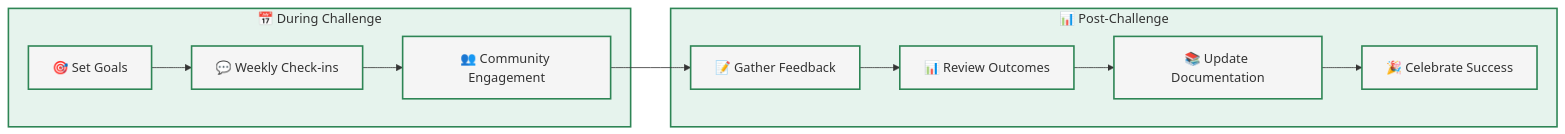
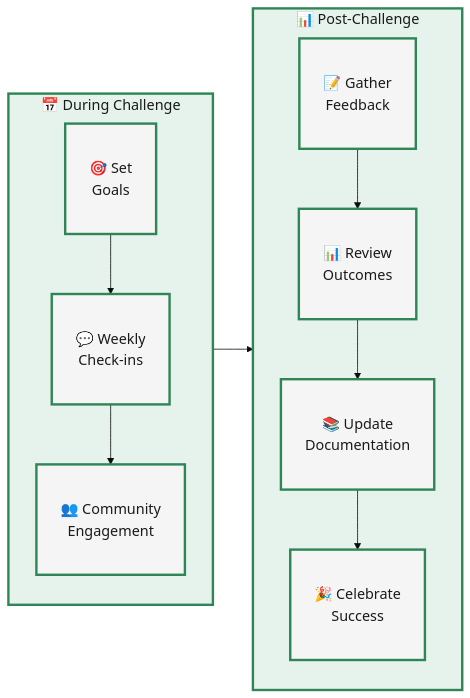
The fourth of 4 diagrams in docs/monthly-challenges/facilitators-docs/facilitate-a-challenge.md (CBID2/VC-Community-Docs), drawn with Mermaid before and after one commit. The commit also changed other lines of this file and 2 other files, not shown here.

First line of the commit message:
docs: add enhanced Mermaid diagrams to documentation

````diff
--- a/docs/monthly-challenges/facilitators-docs/facilitate-a-challenge.md
+++ b/docs/monthly-challenges/facilitators-docs/facilitate-a-challenge.md
@@ -123,23 +140,30 @@
 ```mermaid
+%%{init: {'theme':'base', 'themeVariables': {'fontSize':'18px', 'fontFamily':'arial'}}}%%
 flowchart LR
   %% Left Column - During Challenge
-  subgraph A[📅 During Challenge]
-    A1[🎯 Set Goals] --> A2[💬 Weekly Check-ins]
-    A2 --> A3[👥 Community Engagement]
+  subgraph A["📅 During Challenge"]
+    direction TB
+    A1["🎯 Set<br/>Goals"]
+    A2["💬 Weekly<br/>Check-ins"]
+    A3["👥 Community<br/>Engagement"]
+    A1 --> A2 --> A3
   end
 
   %% Right Column - Post Challenge
-  subgraph B[📊 Post-Challenge]
-    B1[📝 Gather Feedback] --> B2[📊 Review Outcomes]
-    B2 --> B3[📚 Update Documentation]
-    B3 --> B4[🎉 Celebrate Success]
+  subgraph B["📊 Post-Challenge"]
+    direction TB
+    B1["📝 Gather<br/>Feedback"]
+    B2["📊 Review<br/>Outcomes"]
+    B3["📚 Update<br/>Documentation"]
+    B4["🎉 Celebrate<br/>Success"]
+    B1 --> B2 --> B3 --> B4
   end
 
   %% Flow between columns
   A3 --> B1
 
   %% Styling
-  classDef default fill:#f5f5f5,stroke:#2e8555,stroke-width:2px,color:#333;
-  classDef process fill:#e6f3ed,stroke:#2e8555,stroke-width:2px,color:#333;
+  classDef default fill:#f5f5f5,stroke:#2e8555,stroke-width:3px,color:#1a1a1a,padding:15px;
+  classDef process fill:#e6f3ed,stroke:#2e8555,stroke-width:3px,color:#1a1a1a;
   class A,B process;
 ```
````
